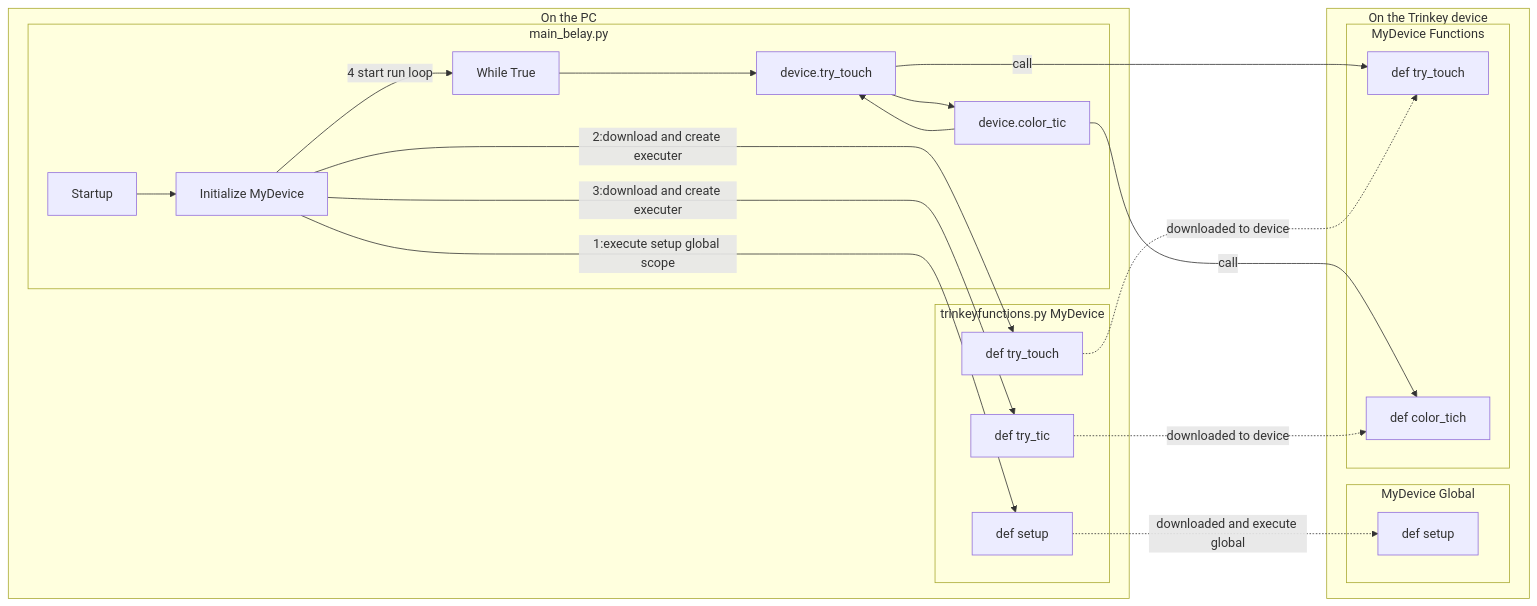
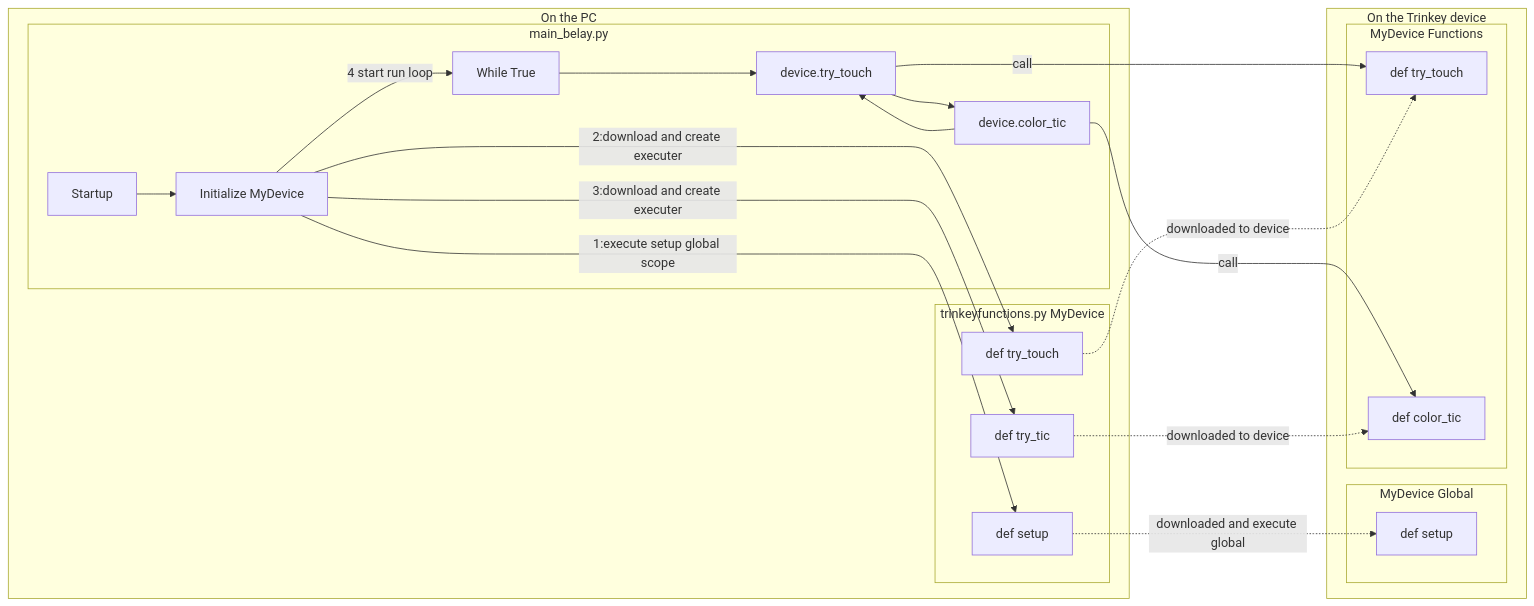
Before and after one commit to freemansoft/Adafruit-Trinkey-CircuitPython: the diagram in Neo/capacitive-touch-belay/README.md, drawn with Mermaid. The commit also changed other lines of this file and 2 other files, not shown here.

````diff
--- a/Neo/capacitive-touch-belay/README.md
+++ b/Neo/capacitive-touch-belay/README.md
@@ -14,40 +17,40 @@
 ```mermaid
 flowchart LR
     subgraph pc[On the PC]
         subgraph main_belay.py
             Startup --> initialize[Initialize MyDevice]
             initialize --4 start run loop--> While[While True]
             While --> device_trytouch[device.try_touch]
             device_trytouch --> device_colortic[device.color_tic]
             device_colortic --> device_trytouch
         end
 
         subgraph MyDevice[trinkeyfunctions.py MyDevice]
             def_setup[def setup]
             def_trytouch[def try_touch]
             def_trycolortic[def try_tic]
         end
     end
 
     subgraph trinkey[On the Trinkey device]
         subgraph trinkeyfunctionssetup[MyDevice Global]
             setup[def setup]
         end
         subgraph trinkeyfunctions[MyDevice Functions]
             try_touch[def try_touch]
-            color_tic[def color_tich]
+            color_tic[def color_tic]
         end
     end
 
 initialize --1:execute setup global scope--> def_setup
 initialize --2:download and create executer--> def_trytouch
 initialize --3:download and create executer--> def_trycolortic
 
 
 device_trytouch --call--> try_touch
 device_colortic --call--> color_tic
 
 def_setup-.downloaded and execute global.->setup
 def_trytouch-.downloaded to device.->try_touch
 def_trycolortic -.downloaded to device.->color_tic
 ```
````
